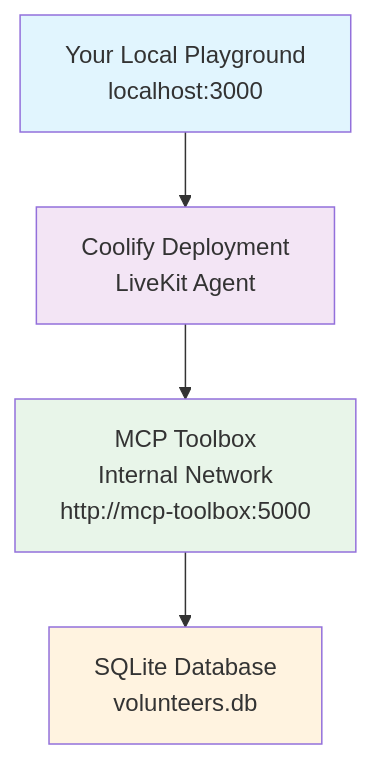
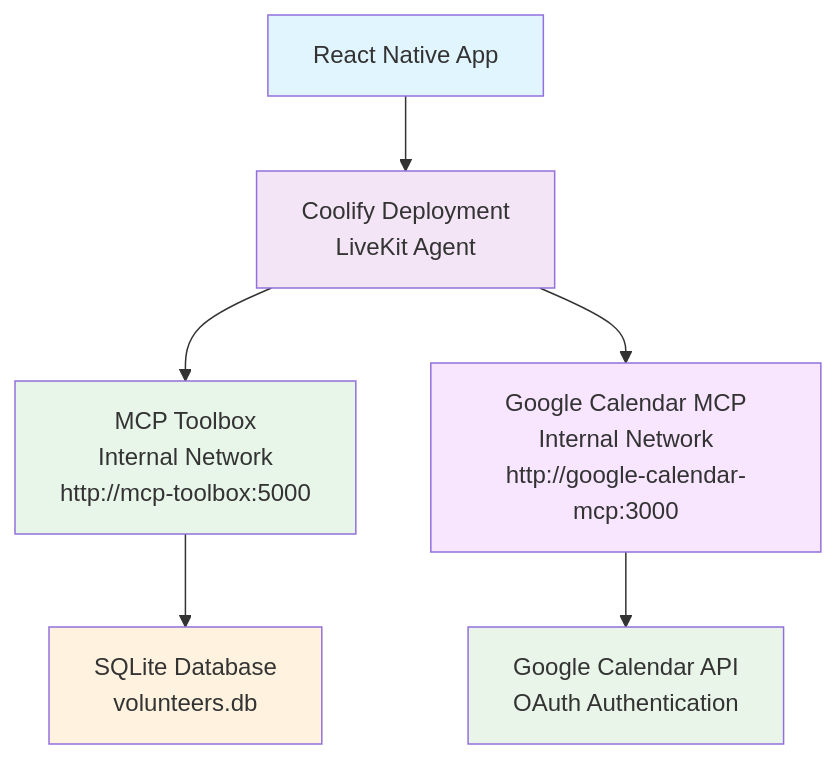
The diagram in COOLIFY_FULL_DEPLOYMENT.md (kofiadom/livekit-voice-agent), drawn with Mermaid before and after one commit. The commit also changed other lines of this file and 1 other file, not shown here.

Commit message:
set up google calendar

````diff
--- a/COOLIFY_FULL_DEPLOYMENT.md
+++ b/COOLIFY_FULL_DEPLOYMENT.md
@@ -57,11 +68,15 @@
 ```mermaid
 graph TB
-    A[Your Local Playground<br/>localhost:3000] --> B[Coolify Deployment<br/>LiveKit Agent]
+    A[React Native App] --> B[Coolify Deployment<br/>LiveKit Agent]
     B --> C[MCP Toolbox<br/>Internal Network<br/>http://mcp-toolbox:5000]
+    B --> E[Google Calendar MCP<br/>Internal Network<br/>http://google-calendar-mcp:3000]
     C --> D[SQLite Database<br/>volunteers.db]
+    E --> F[Google Calendar API<br/>OAuth Authentication]
     
     style A fill:#e1f5fe
     style B fill:#f3e5f5
     style C fill:#e8f5e9
     style D fill:#fff3e0
+    style E fill:#f8e5ff
+    style F fill:#e8f5e8
 ```
````
